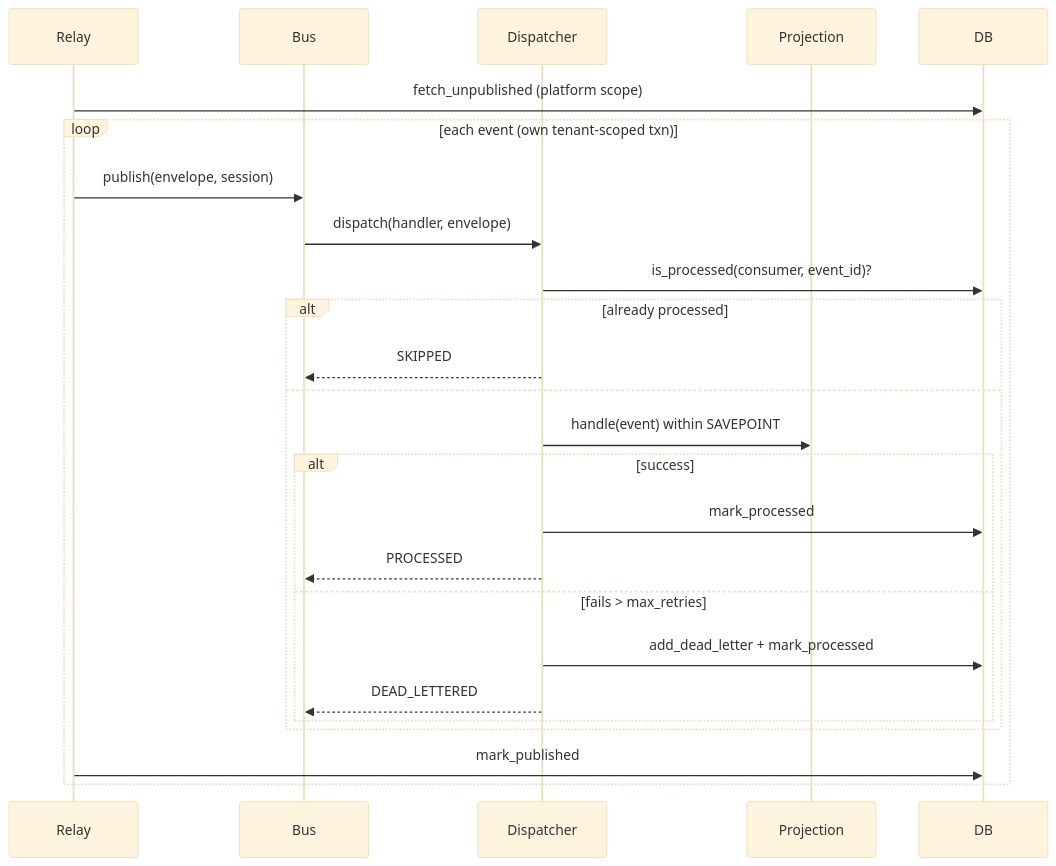
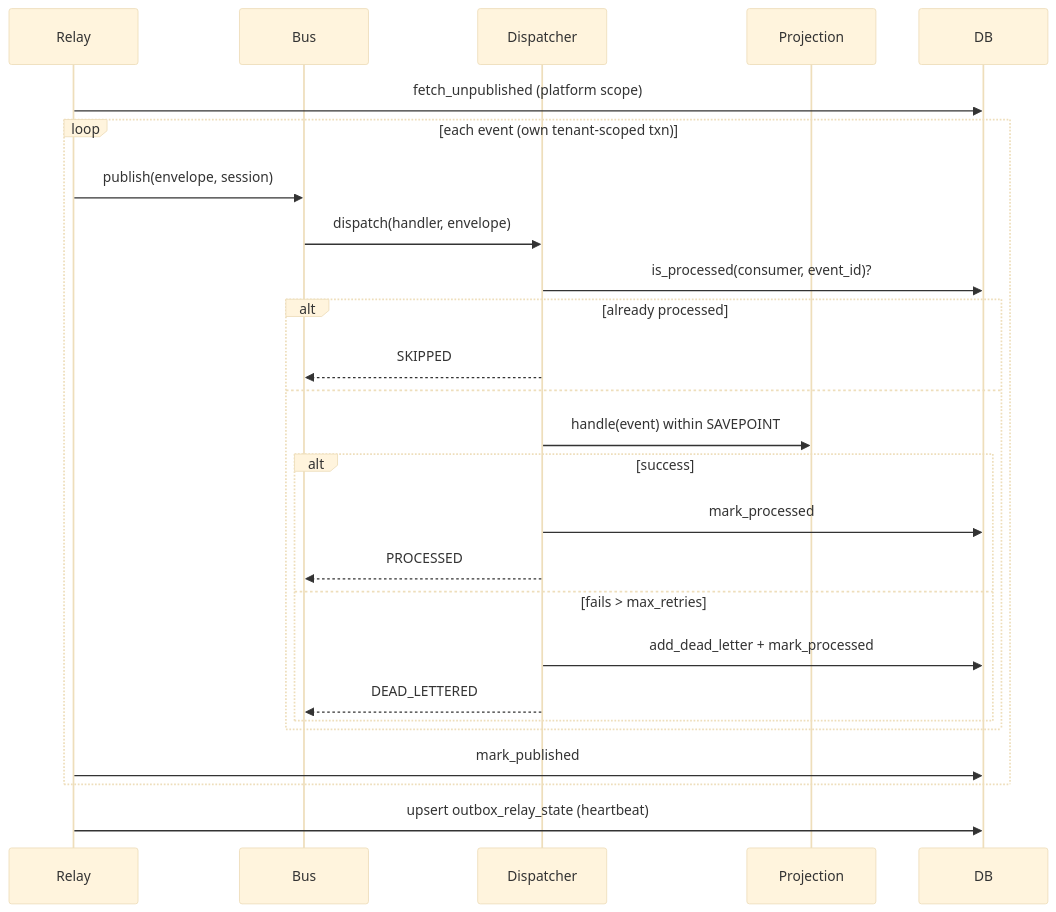
The third of 4 diagrams in docs/14-m2-event-backbone.md (azowz/Logistics_Managemnt_System), drawn with Mermaid (base theme) before and after one commit. The commit also changed other lines of this file and 81 other files, not shown here.

````diff
--- a/docs/14-m2-event-backbone.md
+++ b/docs/14-m2-event-backbone.md
@@ -123,27 +148,28 @@
 ```mermaid
 sequenceDiagram
     participant Relay
     participant Bus
     participant Disp as Dispatcher
     participant Proj as Projection
     participant DB
     Relay->>DB: fetch_unpublished (platform scope)
     loop each event (own tenant-scoped txn)
         Relay->>Bus: publish(envelope, session)
         Bus->>Disp: dispatch(handler, envelope)
         Disp->>DB: is_processed(consumer, event_id)?
         alt already processed
             Disp-->>Bus: SKIPPED
         else
             Disp->>Proj: handle(event) within SAVEPOINT
             alt success
                 Disp->>DB: mark_processed
                 Disp-->>Bus: PROCESSED
             else fails > max_retries
                 Disp->>DB: add_dead_letter + mark_processed
                 Disp-->>Bus: DEAD_LETTERED
             end
         end
         Relay->>DB: mark_published
     end
+    Relay->>DB: upsert outbox_relay_state (heartbeat)
 ```
````
